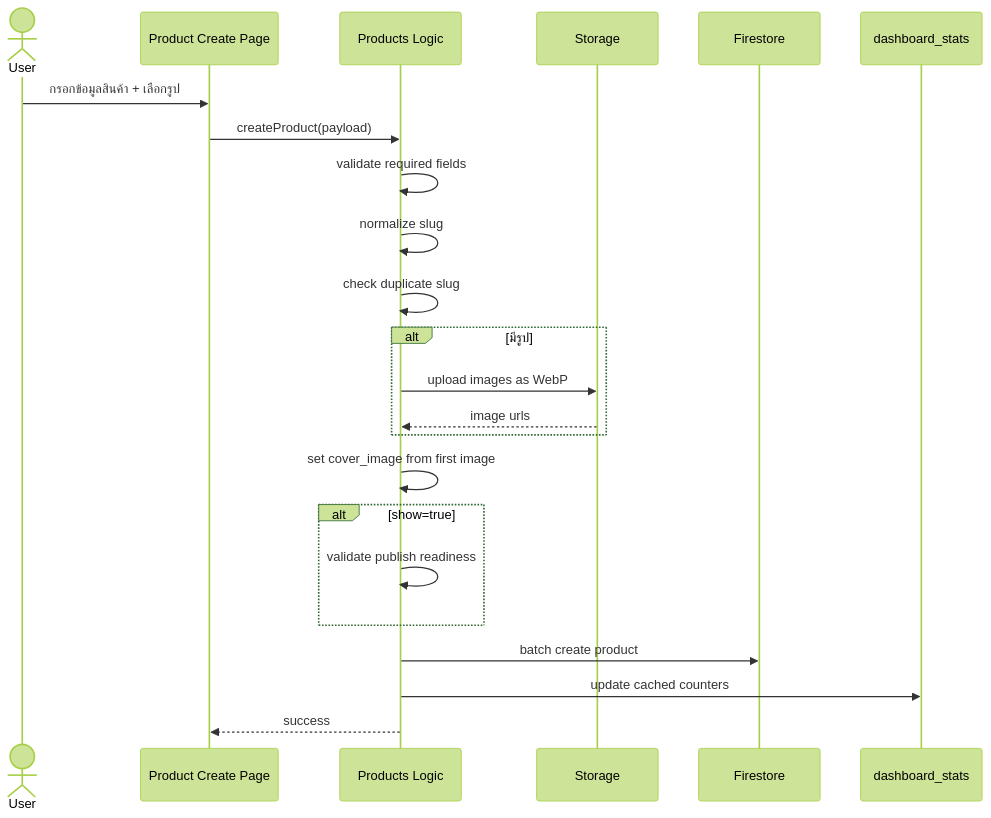
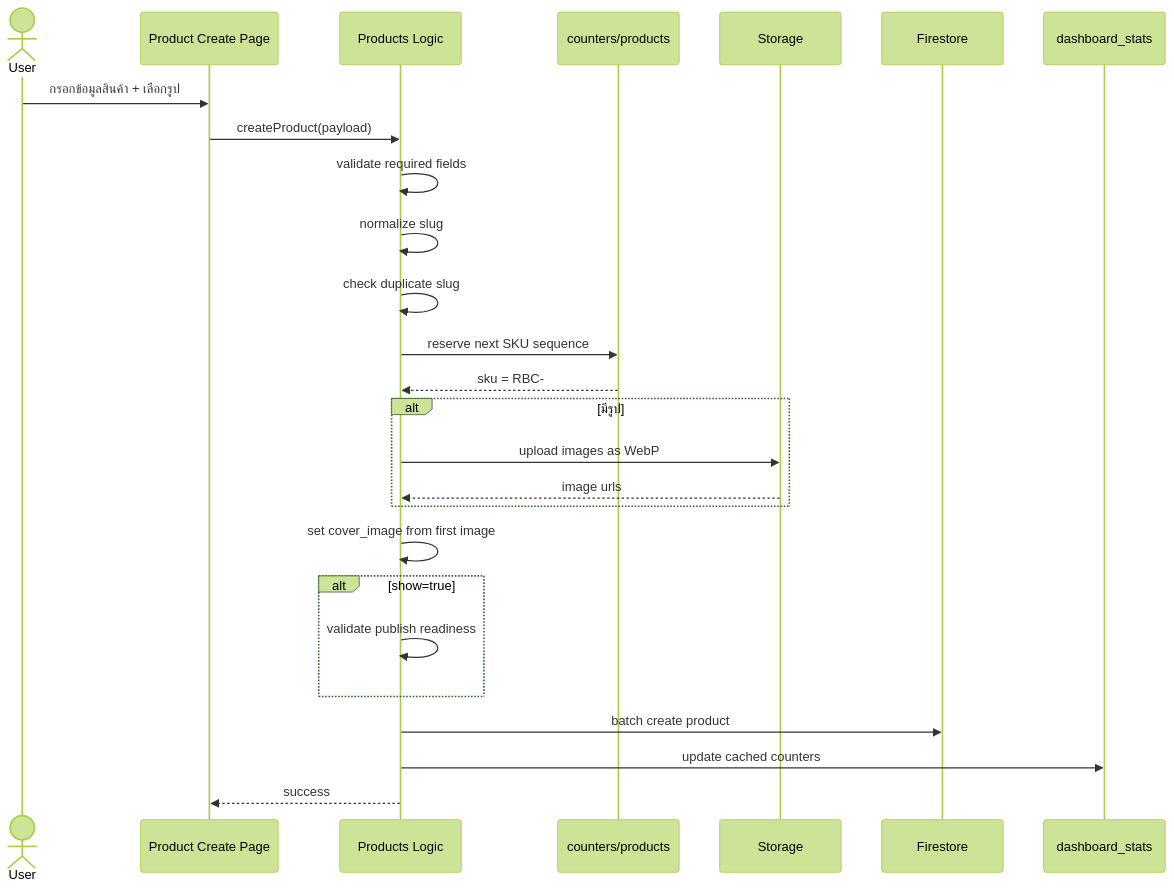
One commit to PasitT40/RBC changed diagram 11 of 18 in docs/backoffice-system-flows.md. Above: the diagram before and after it, drawn with Mermaid (forest theme). The commit also changed other lines of this file and 26 other files, not shown here.

Commit message:
Add SKU Flow and update docs & api

````diff
--- a/docs/backoffice-system-flows.md
+++ b/docs/backoffice-system-flows.md
@@ -281,26 +281,29 @@
 ```mermaid
 sequenceDiagram
     actor User
     participant UI as Product Create Page
     participant P as Products Logic
+    participant C as counters/products
     participant ST as Storage
     participant FS as Firestore
     participant DB as dashboard_stats
 
     User->>UI: กรอกข้อมูลสินค้า + เลือกรูป
     UI->>P: createProduct(payload)
     P->>P: validate required fields
     P->>P: normalize slug
     P->>P: check duplicate slug
+    P->>C: reserve next SKU sequence
+    C-->>P: sku = RBC-###
     alt มีรูป
         P->>ST: upload images as WebP
         ST-->>P: image urls
     end
     P->>P: set cover_image from first image
     alt show=true
         P->>P: validate publish readiness
     end
     P->>FS: batch create product
     P->>DB: update cached counters
     P-->>UI: success
 ```
````
